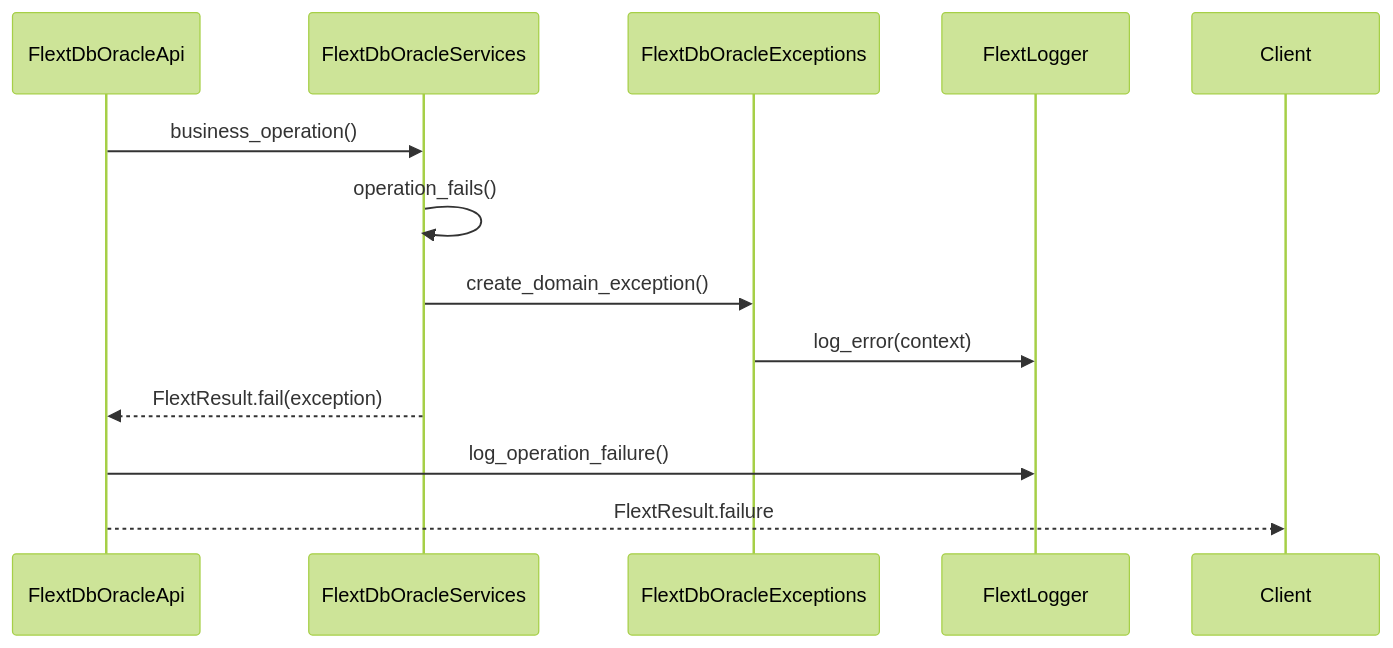
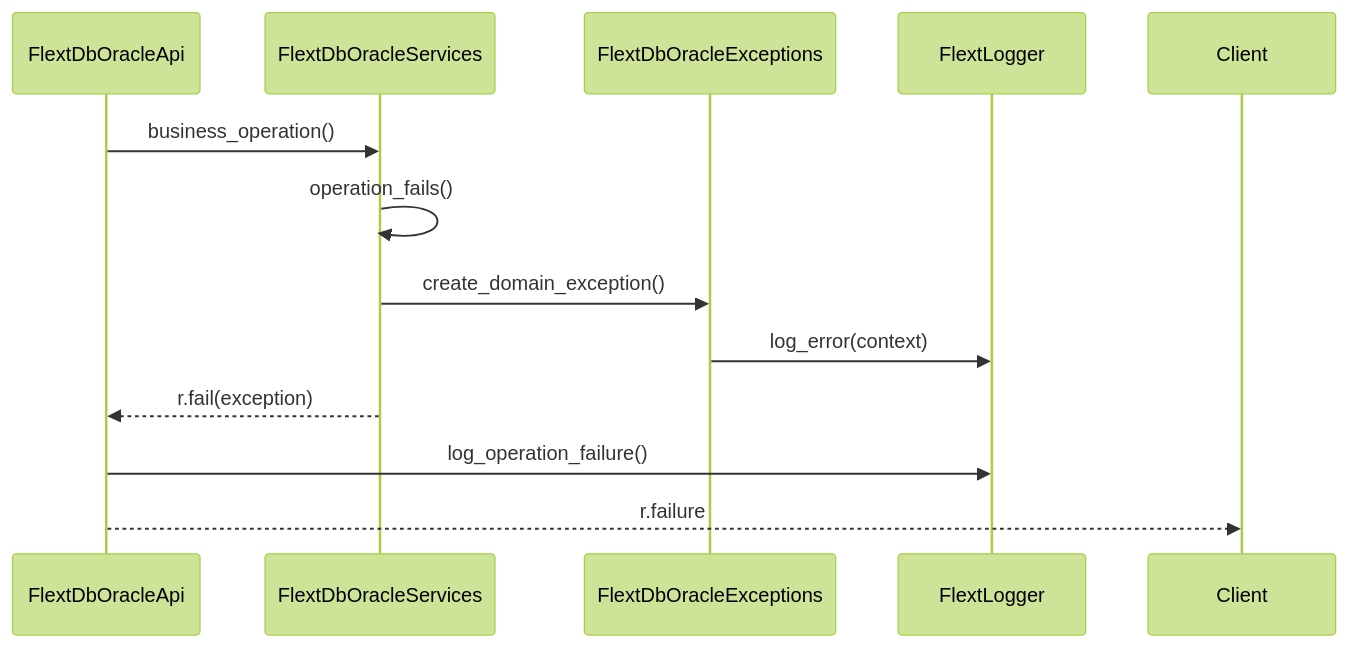
One commit to flext-sh/flext-db-oracle changed the third of 4 diagrams in docs/architecture/c4-components.md. Above: the diagram before and after it, drawn with Mermaid (forest theme). The commit also changed other lines of this file and 29 other files, not shown here.

````diff
--- a/docs/architecture/c4-components.md
+++ b/docs/architecture/c4-components.md
@@ -358,15 +358,15 @@
 ```mermaid
 sequenceDiagram
     participant API as FlextDbOracleApi
     participant Services as FlextDbOracleServices
     participant Exceptions as FlextDbOracleExceptions
     participant Logger as FlextLogger
 
     API->>Services: business_operation()
     Services->>Services: operation_fails()
     Services->>Exceptions: create_domain_exception()
     Exceptions->>Logger: log_error(context)
-    Services-->>API: FlextResult.fail(exception)
+    Services-->>API: r.fail(exception)
     API->>Logger: log_operation_failure()
-    API-->>Client: FlextResult.failure
+    API-->>Client: r.failure
 ```
````
